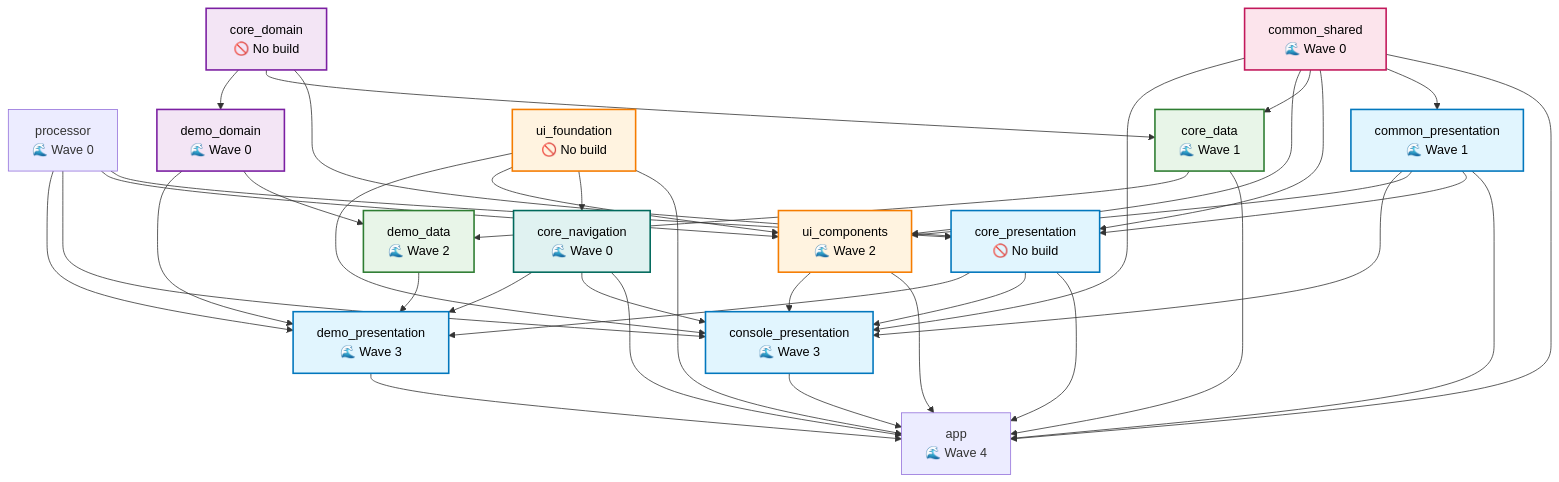
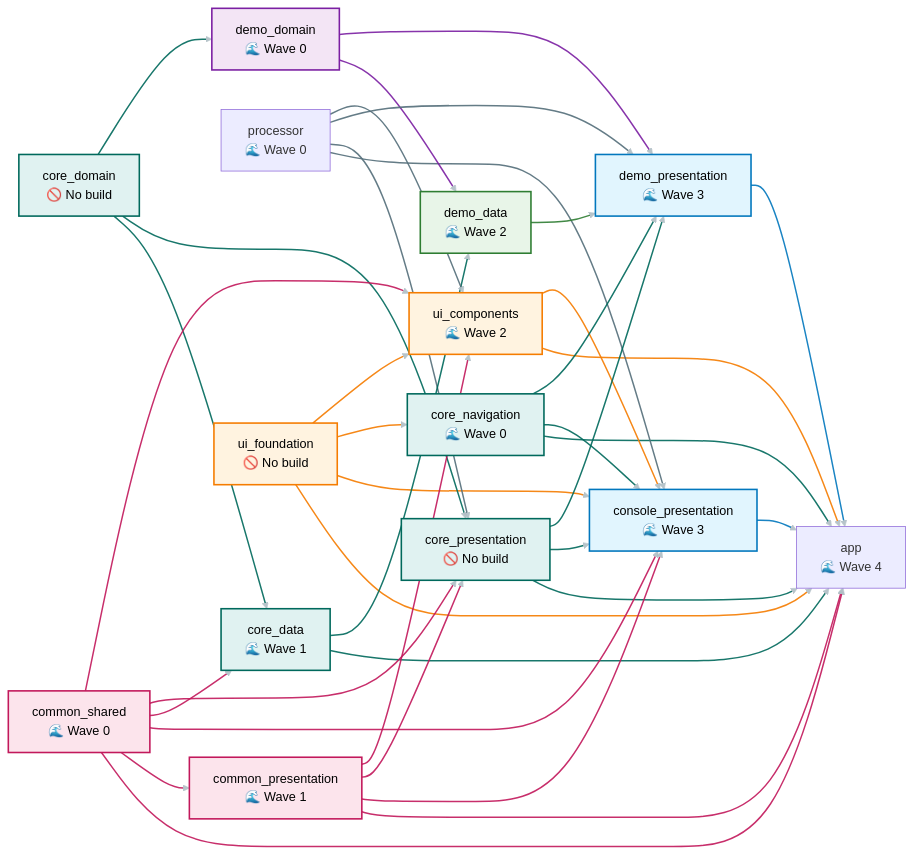
The diagram in flutter/build_graph.md (hhumbetovv/fullstack-template), drawn with Mermaid before and after one commit. The commit also changed other lines of this file and 1 other file, not shown here.

Commit message:
colors updated in smart build

````diff
--- a/flutter/build_graph.md
+++ b/flutter/build_graph.md
@@ -5,82 +5,121 @@
 ```mermaid
-graph TD
-    app["app
-🌊 Wave 4"]
-    processor["processor
-🌊 Wave 0"]
+graph LR
     common_shared["common_shared
 🌊 Wave 0"]
     common_shared:::common
-    common_presentation["common_presentation
-🌊 Wave 1"]
-    common_presentation:::presentation
-    core_presentation["core_presentation
-🚫 No build"]
-    core_presentation:::presentation
     core_navigation["core_navigation
 🌊 Wave 0"]
     core_navigation:::core
+    demo_domain["demo_domain
+🌊 Wave 0"]
+    demo_domain:::domain
+    processor["processor
+🌊 Wave 0"]
+    common_presentation["common_presentation
+🌊 Wave 1"]
+    common_presentation:::common
     core_data["core_data
 🌊 Wave 1"]
-    core_data:::data
-    core_domain["core_domain
-🚫 No build"]
-    core_domain:::domain
-    ui_foundation["ui_foundation
-🚫 No build"]
-    ui_foundation:::ui
+    core_data:::core
+    demo_data["demo_data
+🌊 Wave 2"]
+    demo_data:::data
     ui_components["ui_components
 🌊 Wave 2"]
     ui_components:::ui
     console_presentation["console_presentation
 🌊 Wave 3"]
     console_presentation:::presentation
-    demo_domain["demo_domain
-🌊 Wave 0"]
-    demo_domain:::domain
-    demo_data["demo_data
-🌊 Wave 2"]
-    demo_data:::data
     demo_presentation["demo_presentation
 🌊 Wave 3"]
     demo_presentation:::presentation
+    app["app
+🌊 Wave 4"]
+    core_domain["core_domain
+🚫 No build"]
+    core_domain:::core
+    core_presentation["core_presentation
+🚫 No build"]
+    core_presentation:::core
+    ui_foundation["ui_foundation
+🚫 No build"]
+    ui_foundation:::ui
 
+    %% Edge colours follow the target module category
+    linkStyle default stroke:#b0bec5,stroke-width:1,opacity:0.35
+    common_presentation --> app
     common_shared --> app
-    common_presentation --> app
+    console_presentation --> app
     core_data --> app
+    core_navigation --> app
     core_presentation --> app
-    core_navigation --> app
+    demo_presentation --> app
+    ui_components --> app
     ui_foundation --> app
-    ui_components --> app
-    console_presentation --> app
-    demo_presentation --> app
     common_shared --> common_presentation
-    processor --> core_presentation
-    common_shared --> core_presentation
-    common_presentation --> core_presentation
-    core_domain --> core_presentation
-    ui_foundation --> core_navigation
+    common_presentation --> console_presentation
+    common_shared --> console_presentation
+    core_navigation --> console_presentation
+    core_presentation --> console_presentation
+    processor --> console_presentation
+    ui_components --> console_presentation
+    ui_foundation --> console_presentation
     common_shared --> core_data
     core_domain --> core_data
-    processor --> ui_components
+    ui_foundation --> core_navigation
+    common_presentation --> core_presentation
+    common_shared --> core_presentation
+    core_domain --> core_presentation
+    processor --> core_presentation
+    core_data --> demo_data
+    demo_domain --> demo_data
+    core_domain --> demo_domain
+    core_navigation --> demo_presentation
+    core_presentation --> demo_presentation
+    demo_data --> demo_presentation
+    demo_domain --> demo_presentation
+    processor --> demo_presentation
     common_presentation --> ui_components
     common_shared --> ui_components
+    processor --> ui_components
     ui_foundation --> ui_components
-    processor --> console_presentation
-    core_presentation --> console_presentation
-    core_navigation --> console_presentation
-    common_shared --> console_presentation
-    common_presentation --> console_presentation
-    ui_foundation --> console_presentation
-    ui_components --> console_presentation
-    core_domain --> demo_domain
-    core_data --> demo_data
-    demo_domain --> demo_data
-    processor --> demo_presentation
-    core_presentation --> demo_presentation
-    core_navigation --> demo_presentation
-    demo_domain --> demo_presentation
-    demo_data --> demo_presentation
+
+    linkStyle 0 stroke:#c2185b,stroke-width:1.9,opacity:0.9
+    linkStyle 1 stroke:#c2185b,stroke-width:1.9,opacity:0.9
+    linkStyle 2 stroke:#0277bd,stroke-width:1.9,opacity:0.9
+    linkStyle 3 stroke:#00695c,stroke-width:1.9,opacity:0.9
+    linkStyle 4 stroke:#00695c,stroke-width:1.9,opacity:0.9
+    linkStyle 5 stroke:#00695c,stroke-width:1.9,opacity:0.9
+    linkStyle 6 stroke:#0277bd,stroke-width:1.9,opacity:0.9
+    linkStyle 7 stroke:#f57c00,stroke-width:1.9,opacity:0.9
+    linkStyle 8 stroke:#f57c00,stroke-width:1.9,opacity:0.9
+    linkStyle 9 stroke:#c2185b,stroke-width:1.9,opacity:0.9
+    linkStyle 10 stroke:#c2185b,stroke-width:1.9,opacity:0.9
+    linkStyle 11 stroke:#c2185b,stroke-width:1.9,opacity:0.9
+    linkStyle 12 stroke:#00695c,stroke-width:1.9,opacity:0.9
+    linkStyle 13 stroke:#00695c,stroke-width:1.9,opacity:0.9
+    linkStyle 14 stroke:#546e7a,stroke-width:1.9,opacity:0.9
+    linkStyle 15 stroke:#f57c00,stroke-width:1.9,opacity:0.9
+    linkStyle 16 stroke:#f57c00,stroke-width:1.9,opacity:0.9
+    linkStyle 17 stroke:#c2185b,stroke-width:1.9,opacity:0.9
+    linkStyle 18 stroke:#00695c,stroke-width:1.9,opacity:0.9
+    linkStyle 19 stroke:#f57c00,stroke-width:1.9,opacity:0.9
+    linkStyle 20 stroke:#c2185b,stroke-width:1.9,opacity:0.9
+    linkStyle 21 stroke:#c2185b,stroke-width:1.9,opacity:0.9
+    linkStyle 22 stroke:#00695c,stroke-width:1.9,opacity:0.9
+    linkStyle 23 stroke:#546e7a,stroke-width:1.9,opacity:0.9
+    linkStyle 24 stroke:#00695c,stroke-width:1.9,opacity:0.9
+    linkStyle 25 stroke:#7b1fa2,stroke-width:1.9,opacity:0.9
+    linkStyle 26 stroke:#00695c,stroke-width:1.9,opacity:0.9
+    linkStyle 27 stroke:#00695c,stroke-width:1.9,opacity:0.9
+    linkStyle 28 stroke:#00695c,stroke-width:1.9,opacity:0.9
+    linkStyle 29 stroke:#2e7d32,stroke-width:1.9,opacity:0.9
+    linkStyle 30 stroke:#7b1fa2,stroke-width:1.9,opacity:0.9
+    linkStyle 31 stroke:#546e7a,stroke-width:1.9,opacity:0.9
+    linkStyle 32 stroke:#c2185b,stroke-width:1.9,opacity:0.9
+    linkStyle 33 stroke:#c2185b,stroke-width:1.9,opacity:0.9
+    linkStyle 34 stroke:#546e7a,stroke-width:1.9,opacity:0.9
+    linkStyle 35 stroke:#f57c00,stroke-width:1.9,opacity:0.9
 
     classDef presentation fill:#e1f5fe,stroke:#0277bd,stroke-width:2px,color:#000000
     classDef domain fill:#f3e5f5,stroke:#7b1fa2,stroke-width:2px,color:#000000
````
